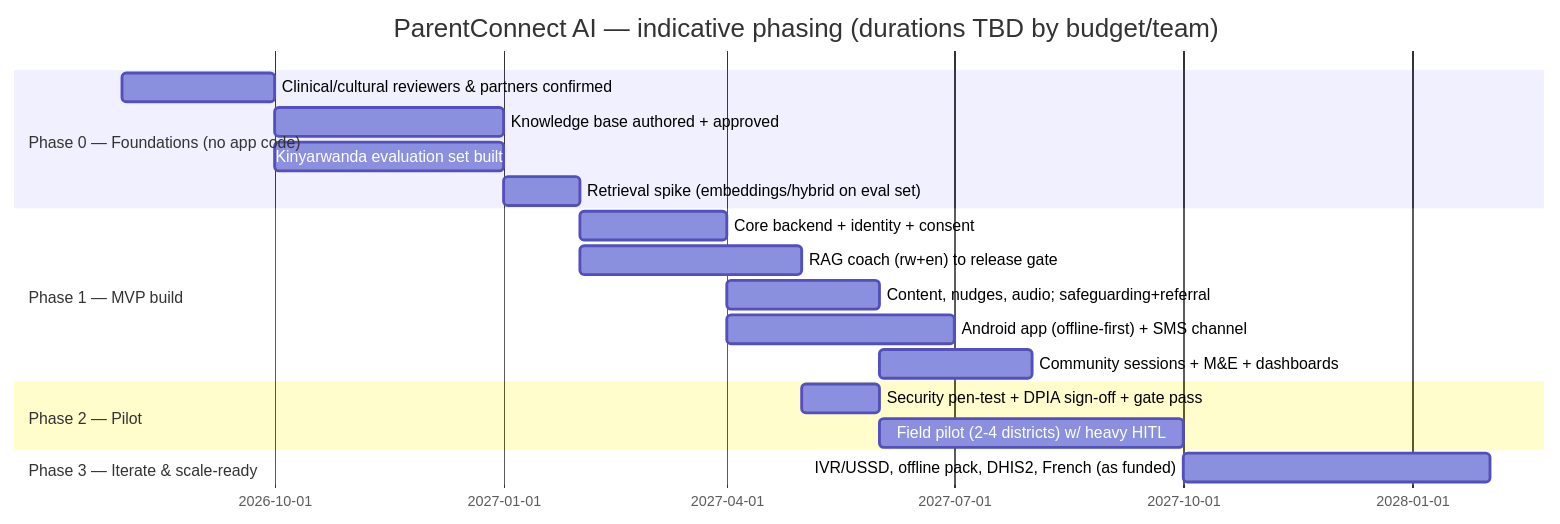
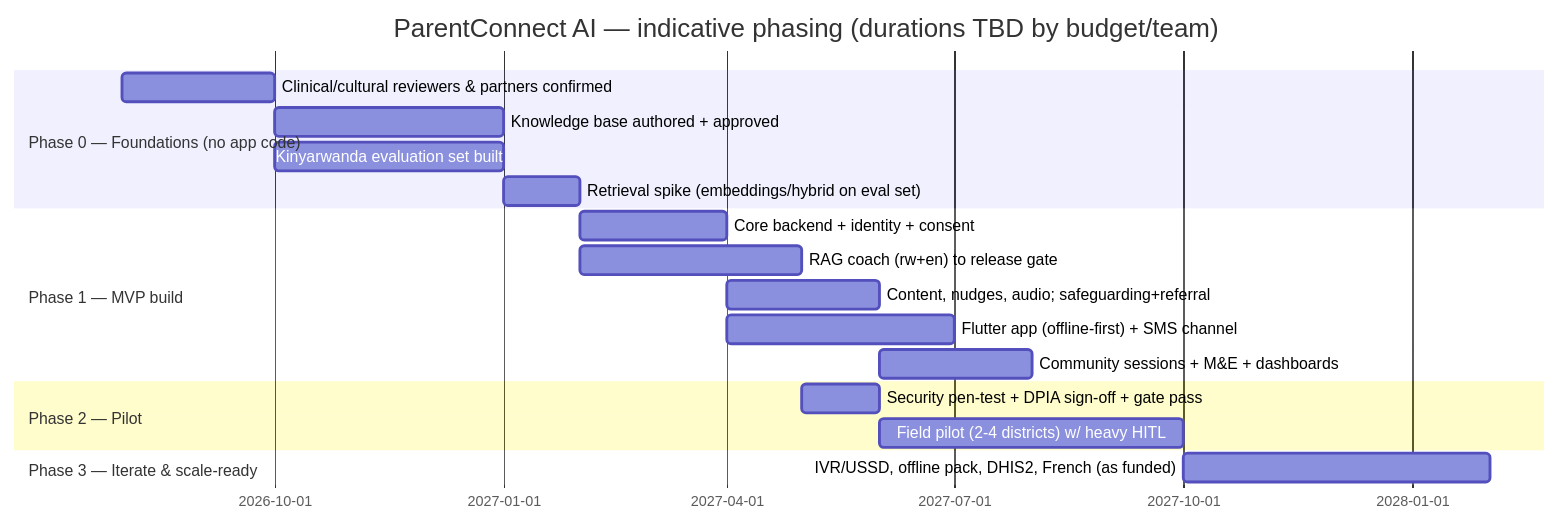
The diagram in docs/delivery/roadmap.md (kingblessolivier/ParentConnect_AI), drawn with Mermaid before and after one commit. The commit also changed 11 other files, not shown here.

````diff
--- a/docs/delivery/roadmap.md
+++ b/docs/delivery/roadmap.md
@@ -15,21 +15,21 @@
 ```mermaid
 gantt
     dateFormat YYYY-MM
     title ParentConnect AI — indicative phasing (durations TBD by budget/team)
     section Phase 0 — Foundations (no app code)
     Clinical/cultural reviewers & partners confirmed :p0a, 2026-08, 2M
     Knowledge base authored + approved              :p0b, after p0a, 3M
     Kinyarwanda evaluation set built                :p0c, after p0a, 3M
     Retrieval spike (embeddings/hybrid on eval set) :p0d, after p0c, 1M
     section Phase 1 — MVP build
     Core backend + identity + consent               :p1a, after p0d, 2M
     RAG coach (rw+en) to release gate               :p1b, after p0d, 3M
     Content, nudges, audio; safeguarding+referral   :p1c, after p1a, 2M
-    Android app (offline-first) + SMS channel       :p1d, after p1a, 3M
+    Flutter app (offline-first) + SMS channel        :p1d, after p1a, 3M
     Community sessions + M&E + dashboards           :p1e, after p1c, 2M
     section Phase 2 — Pilot
     Security pen-test + DPIA sign-off + gate pass    :p2a, after p1b, 1M
     Field pilot (2-4 districts) w/ heavy HITL        :p2b, after p2a, 4M
     section Phase 3 — Iterate & scale-ready
     IVR/USSD, offline pack, DHIS2, French (as funded):p3a, after p2b, 4M
 ```
````
